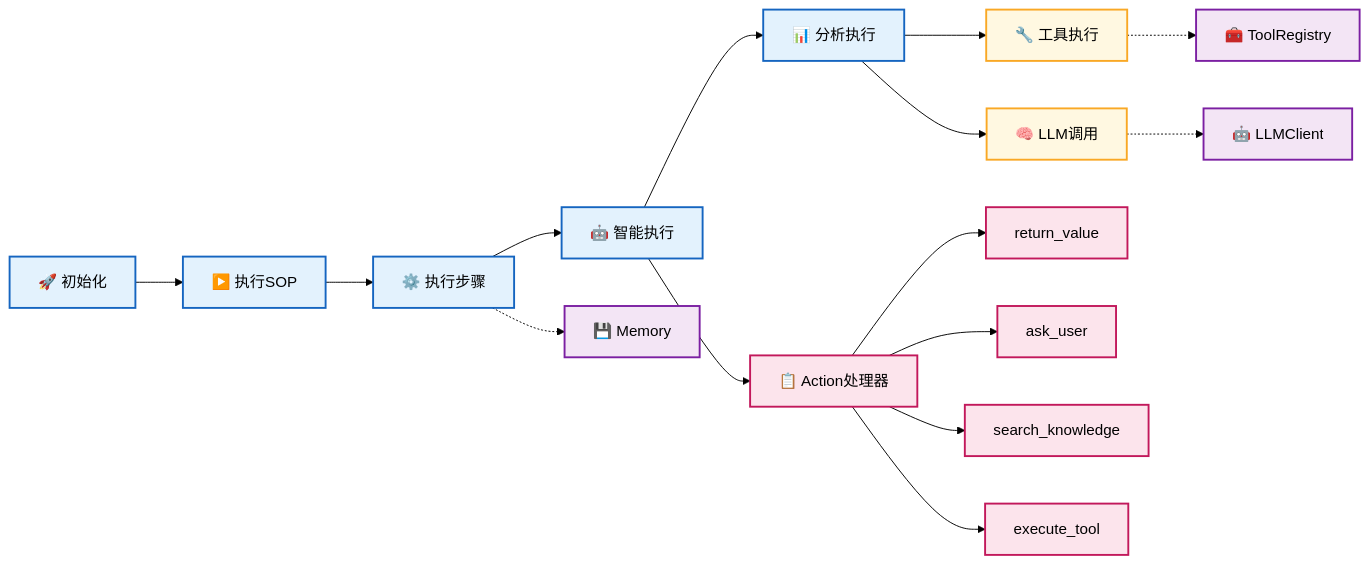
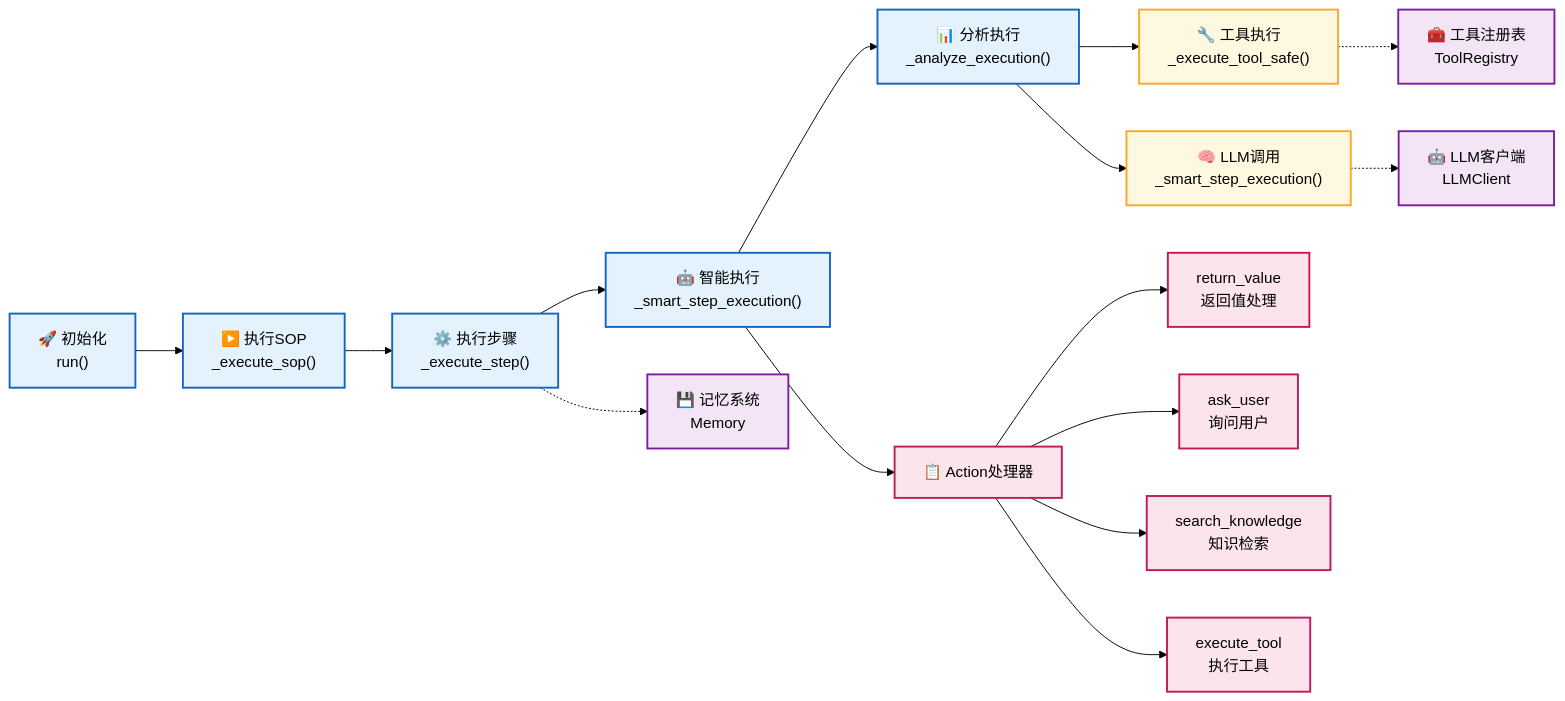
One commit to 0mao0/AnGIneer changed the second of 6 diagrams in README.md. Above: the diagram before and after it, drawn with Mermaid (forest theme). The commit also changed other lines of this file, not shown here.

Commit message:
v0.0.22 docs: 更新README中的流程图中文标签和函数说明 重点修改TableLookup，可能换为LLM模式以适应规范中各式各样的表格样式

````diff
--- a/README.md
+++ b/README.md
@@ -58,40 +58,40 @@
 ```mermaid
 flowchart LR
     %% 样式定义
     classDef process fill:#e3f2fd,stroke:#1565c0,stroke-width:2px,color:#000
     classDef action fill:#fff8e1,stroke:#f9a825,stroke-width:2px,color:#000
     classDef handler fill:#fce4ec,stroke:#c2185b,stroke-width:2px,color:#000
     classDef external fill:#f3e5f5,stroke:#7b1fa2,stroke-width:2px,color:#000
-    
+
     %% 主流程 - 水平布局更紧凑
-    D_INIT["🚀 初始化"] --> D_RUN["▶️ 执行SOP"]
-    D_RUN --> D_EXEC["⚙️ 执行步骤"]
-    D_EXEC --> D_SMART["🤖 智能执行"]
-    
+    D_INIT["🚀 初始化<br>run()"] --> D_RUN["▶️ 执行SOP<br>_execute_sop()"]
+    D_RUN --> D_EXEC["⚙️ 执行步骤<br>_execute_step()"]
+    D_EXEC --> D_SMART["🤖 智能执行<br>_smart_step_execution()"]
+
     %% 执行分支
-    D_SMART --> D_ANALYZE["📊 分析执行"]
-    D_ANALYZE --> D_TOOL["🔧 工具执行"]
-    D_ANALYZE --> D_LLM["🧠 LLM调用"]
-    
+    D_SMART --> D_ANALYZE["📊 分析执行<br>_analyze_execution()"]
+    D_ANALYZE --> D_TOOL["🔧 工具执行<br>_execute_tool_safe()"]
+    D_ANALYZE --> D_LLM["🧠 LLM调用<br>_smart_step_execution()"]
+
     %% Action处理器 - 简化为列表
     D_SMART --> D_HANDLERS["📋 Action处理器"]
-    D_HANDLERS --> D_H1["return_value"]
-    D_HANDLERS --> D_H2["ask_user"]
-    D_HANDLERS --> D_H3["search_knowledge"]
-    D_HANDLERS --> D_H4["execute_tool"]
-    
+    D_HANDLERS --> D_H1["return_value<br>返回值处理"]
+    D_HANDLERS --> D_H2["ask_user<br>询问用户"]
+    D_HANDLERS --> D_H3["search_knowledge<br>知识检索"]
+    D_HANDLERS --> D_H4["execute_tool<br>执行工具"]
+
     %% 外部依赖
-    MEM["💾 Memory"]
-    LLM["🤖 LLMClient"]
-    TOOL["🧰 ToolRegistry"]
-    
+    MEM["💾 记忆系统<br>Memory"]
+    LLM["🤖 LLM客户端<br>LLMClient"]
+    TOOL["🧰 工具注册表<br>ToolRegistry"]
+
     D_EXEC -.-> MEM
     D_LLM -.-> LLM
     D_TOOL -.-> TOOL
-    
+
     %% 样式应用
     class D_INIT,D_RUN,D_EXEC,D_SMART,D_ANALYZE process
     class D_TOOL,D_LLM action
     class D_HANDLERS,D_H1,D_H2,D_H3,D_H4 handler
     class MEM,LLM,TOOL external
 ```
````
